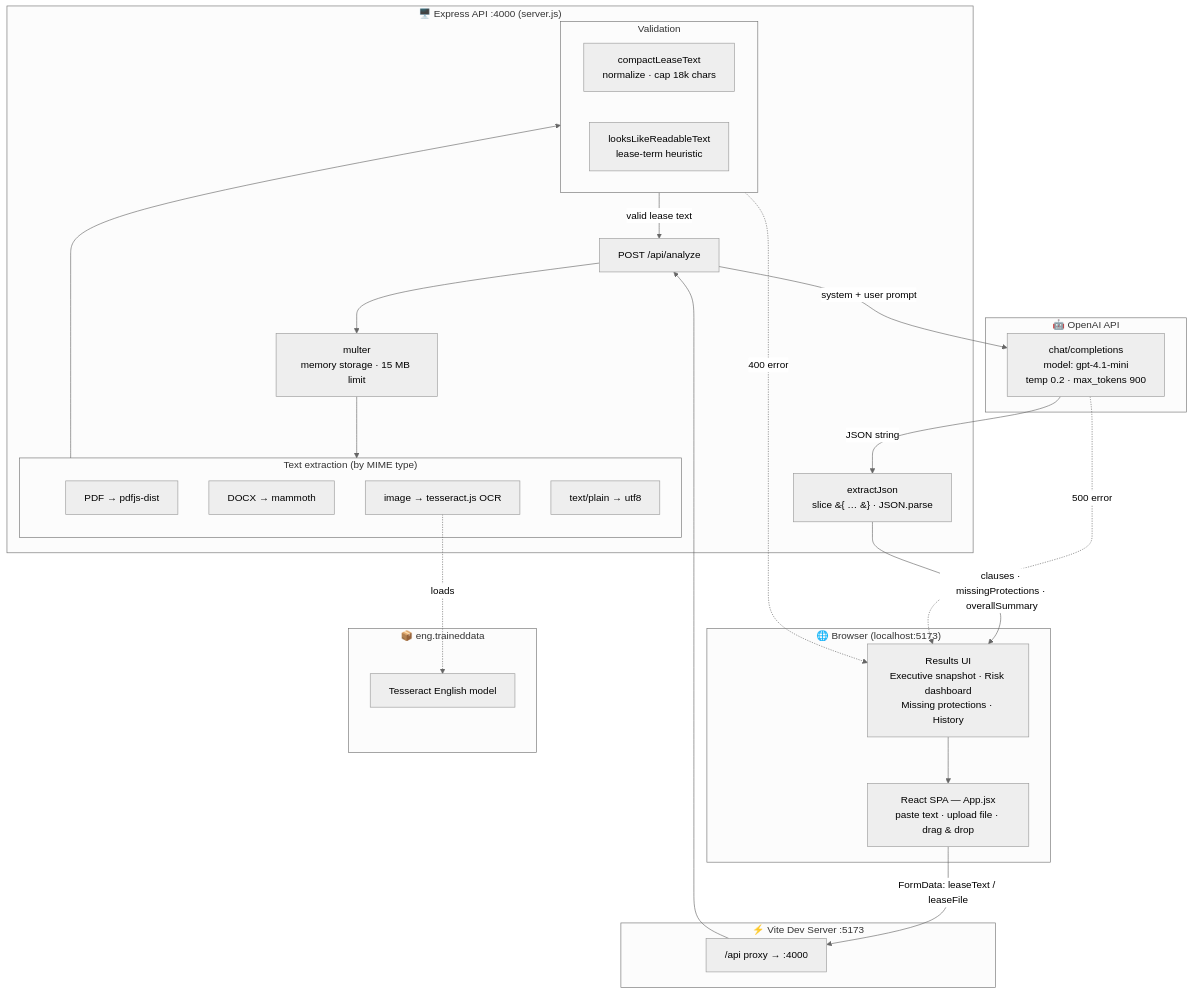
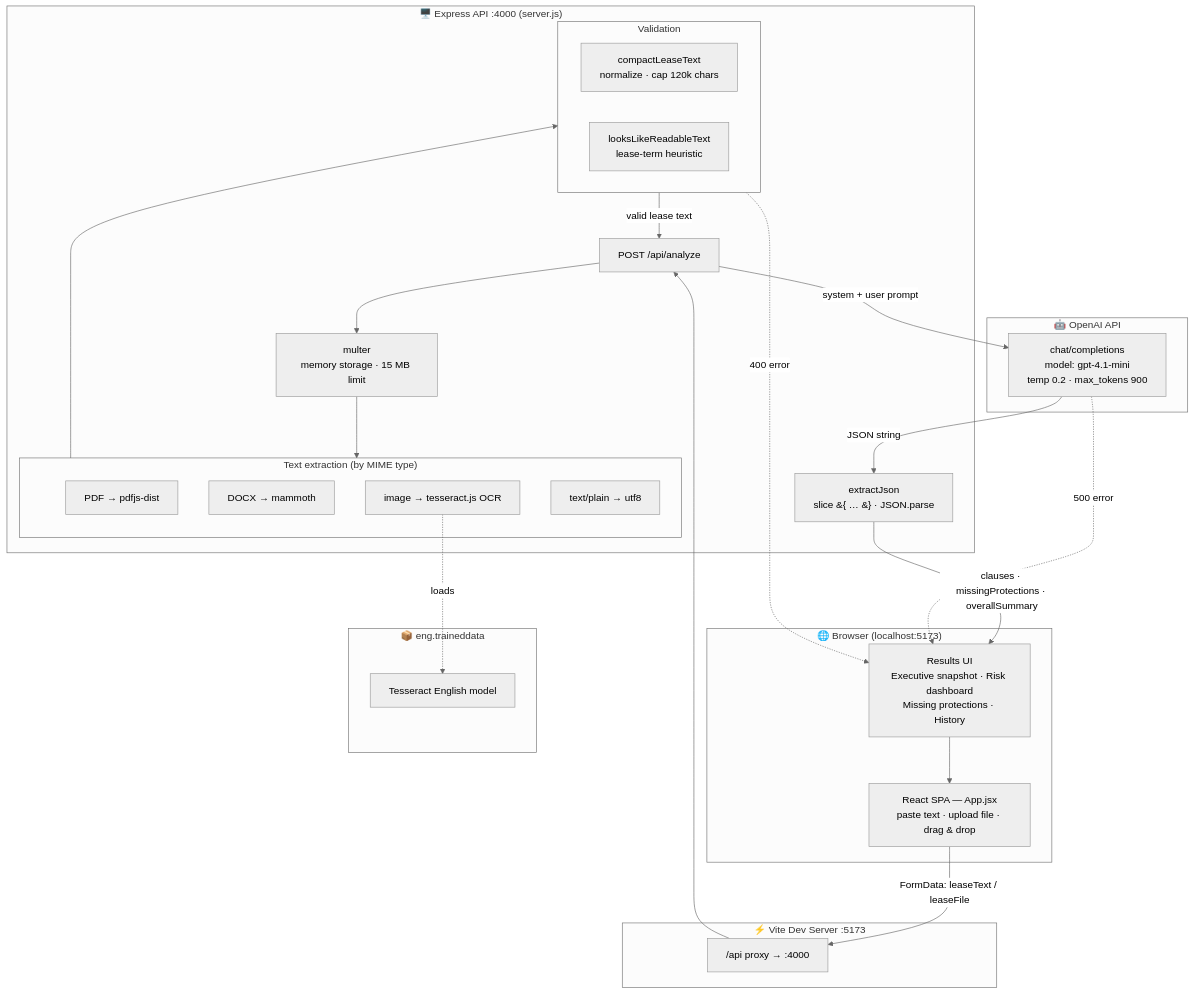
The first of 3 diagrams in ARCHITECTURE.md (jemish13311331/Contract_Scanner), drawn with Mermaid (neutral theme) before and after one commit. The commit also changed other lines of this file and 5 other files, not shown here.

````diff
--- a/ARCHITECTURE.md
+++ b/ARCHITECTURE.md
@@ -11,52 +11,52 @@
 ```mermaid
 flowchart TB
     subgraph Browser["🌐 Browser (localhost:5173)"]
         UI["React SPA — App.jsx<br/>paste text · upload file · drag &amp; drop"]
         RES["Results UI<br/>Executive snapshot · Risk dashboard<br/>Missing protections · History"]
     end
 
     subgraph Vite["⚡ Vite Dev Server :5173"]
         PROXY["/api proxy → :4000"]
     end
 
     subgraph Backend["🖥️ Express API :4000 (server.js)"]
         MULTER["multer<br/>memory storage · 15 MB limit"]
         ROUTE["POST /api/analyze"]
 
         subgraph Extract["Text extraction (by MIME type)"]
             PDF["PDF → pdfjs-dist"]
             DOCX["DOCX → mammoth"]
             IMG["image → tesseract.js OCR"]
             TXT["text/plain → utf8"]
         end
 
         subgraph Guard["Validation"]
-            COMPACT["compactLeaseText<br/>normalize · cap 18k chars"]
+        COMPACT["compactLeaseText<br/>normalize · cap 120k chars"]
             READABLE["looksLikeReadableText<br/>lease-term heuristic"]
         end
 
         PARSE["extractJson<br/>slice &#123; … &#125; · JSON.parse"]
     end
 
     subgraph OCRAsset["📦 eng.traineddata"]
         TD["Tesseract English model"]
     end
 
     subgraph OpenAI["🤖 OpenAI API"]
         LLM["chat/completions<br/>model: gpt-4.1-mini<br/>temp 0.2 · max_tokens 900"]
     end
 
     UI -->|"FormData: leaseText / leaseFile"| PROXY
     PROXY --> ROUTE
     ROUTE --> MULTER --> Extract
     IMG -.loads.-> TD
     Extract --> Guard
     Guard -->|"valid lease text"| ROUTE
     ROUTE -->|"system + user prompt"| LLM
     LLM -->|"JSON string"| PARSE
     PARSE -->|"clauses · missingProtections · overallSummary"| RES
     RES --> UI
 
     Guard -.->|"400 error"| RES
     LLM -.->|"500 error"| RES
 ```
````
